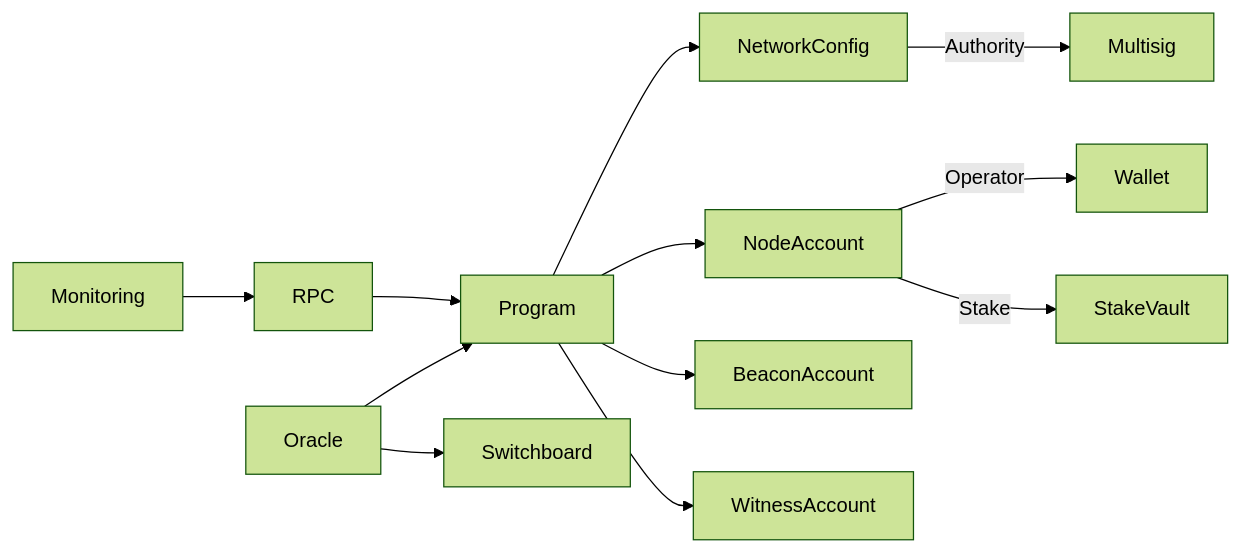
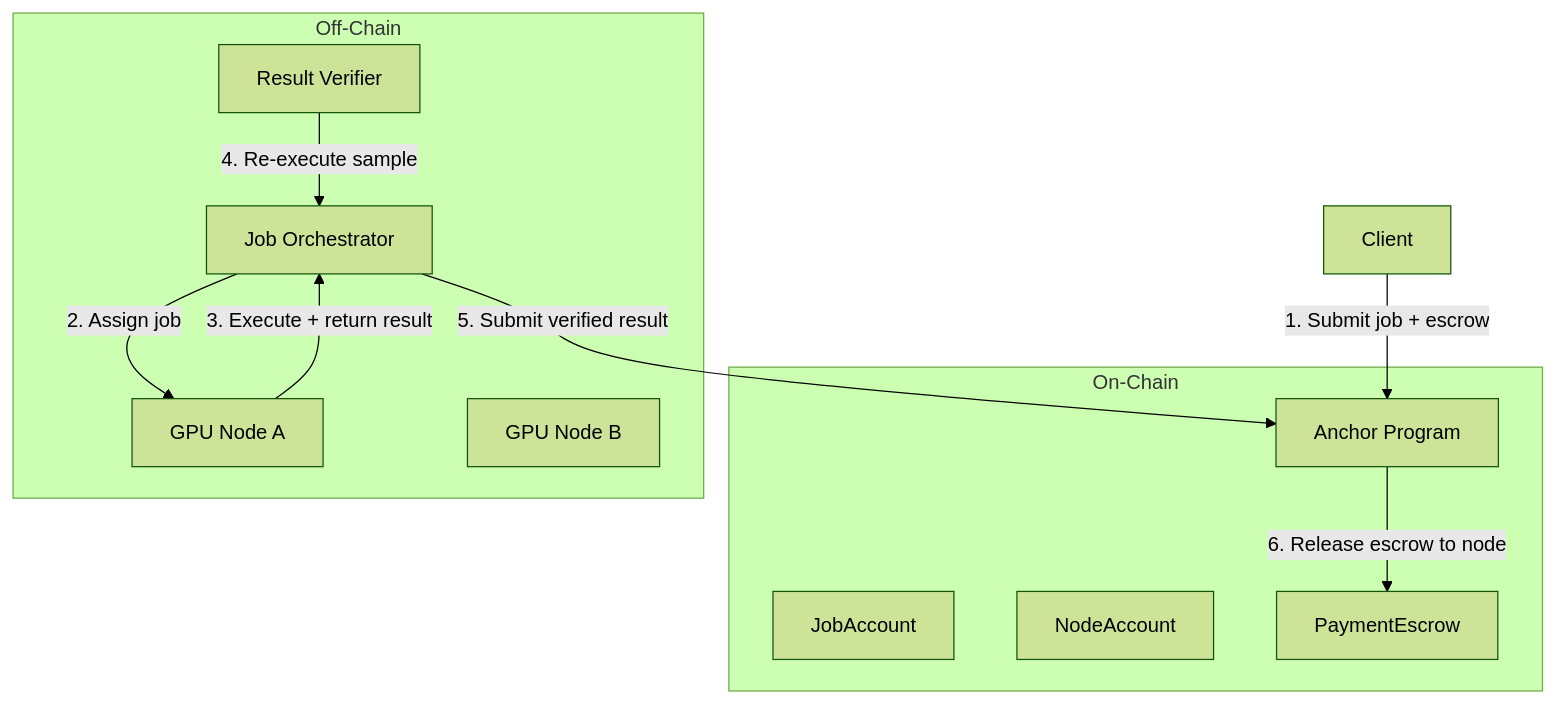
The third of 12 diagrams in commands/depin-diagram.md (Stan-lee13/solana-depin-builder-skill), drawn with Mermaid (forest theme) before and after one commit. The commit also changed other lines of this file, not shown here.

Commit message:
feat: add Mermaid diagrams for all 7 DePIN patterns — mapping GPS-spoof flowchart, energy meter-to-credit sequence, demand response flow, storage challenge-response, authority hierarchy security diagram

````diff
--- a/commands/depin-diagram.md
+++ b/commands/depin-diagram.md
@@ -111,17 +74,21 @@
 ```mermaid
-graph LR
-    P[Program] --> NC[NetworkConfig]
-    P --> NA[NodeAccount]
-    P --> BA[BeaconAccount]
-    P --> WA[WitnessAccount]
-    
-    NC -->|Authority| MSIG[Multisig]
-    NA -->|Operator| WALLET[Wallet]
-    NA -->|Stake| VAULT[StakeVault]
-    
-    O[Oracle] --> P
-    O --> SW[Switchboard]
-    
-    MON[Monitoring] --> RPC[RPC]
-    RPC --> P
+graph TB
+    subgraph On-Chain
+        JA[JobAccount]
+        NA[NodeAccount]
+        PA[PaymentEscrow]
+        P[Anchor Program]
+    end
+    subgraph Off-Chain
+        ORCH[Job Orchestrator]
+        GPU1[GPU Node A]
+        GPU2[GPU Node B]
+        VER[Result Verifier]
+    end
+    CLIENT[Client] -->|1. Submit job + escrow| P
+    ORCH -->|2. Assign job| GPU1
+    GPU1 -->|3. Execute + return result| ORCH
+    VER -->|4. Re-execute sample| ORCH
+    ORCH -->|5. Submit verified result| P
+    P -->|6. Release escrow to node| PA
 ```
````
